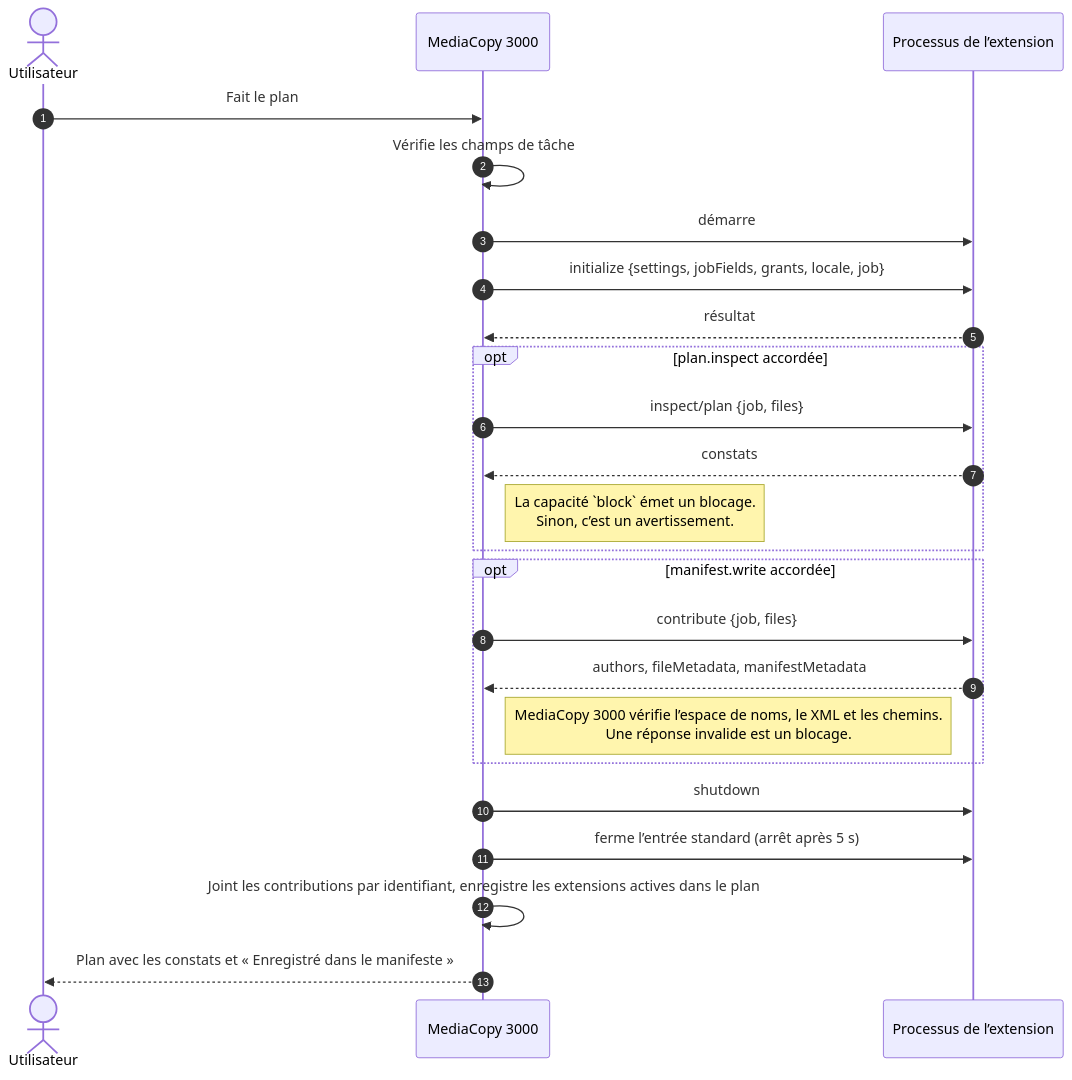
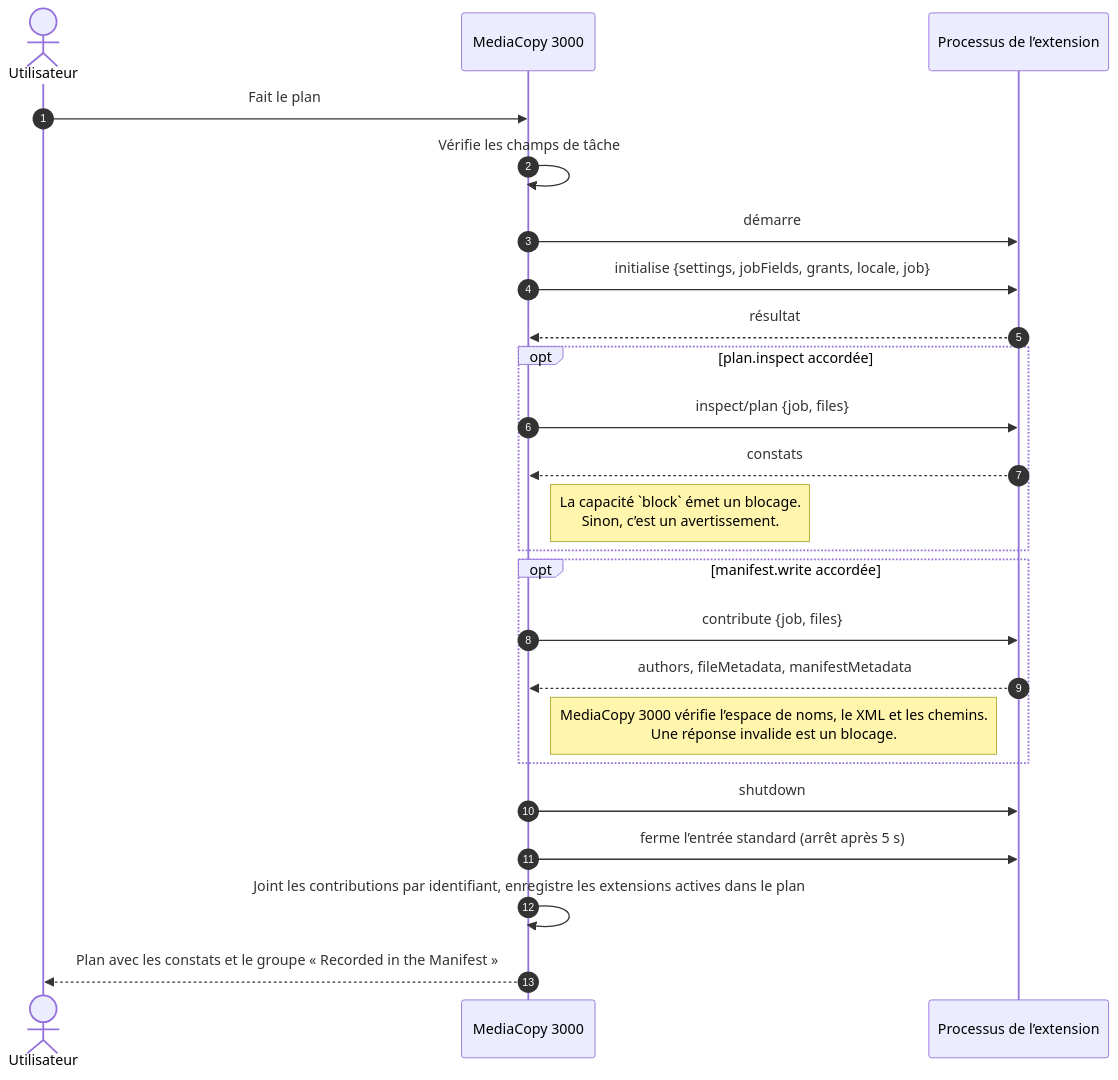
Before and after one commit to Floreal-Technologies/MediaCopy3000: the second of 4 diagrams in manual/fr/plugins.md, drawn with Mermaid. The commit also changed other lines of this file and 55 other files, not shown here.

````diff
--- a/manual/fr/plugins.md
+++ b/manual/fr/plugins.md
@@ -302,27 +302,27 @@
 ```mermaid
 sequenceDiagram
     autonumber
     actor User as Utilisateur
-    participant MC3K as MediaCopy 3000
+    participant MC3K as MediaCopy 3000
     participant Plugin as Processus de l’extension
 
     User->>MC3K: Fait le plan
     MC3K->>MC3K: Vérifie les champs de tâche
     MC3K->>Plugin: démarre
-    MC3K->>Plugin: initialize {settings, jobFields, grants, locale, job}
+    MC3K->>Plugin: initialise {settings, jobFields, grants, locale, job}
     Plugin-->>MC3K: résultat
     opt plan.inspect accordée
         MC3K->>Plugin: inspect/plan {job, files}
         Plugin-->>MC3K: constats
         note right of MC3K: La capacité `block` émet un blocage.<br/>Sinon, c’est un avertissement.
     end
     opt manifest.write accordée
         MC3K->>Plugin: contribute {job, files}
         Plugin-->>MC3K: authors, fileMetadata, manifestMetadata
-        note right of MC3K: MediaCopy 3000 vérifie l’espace de noms, le XML et les chemins.<br/>Une réponse invalide est un blocage.
+        note right of MC3K: MediaCopy 3000 vérifie l’espace de noms, le XML et les chemins.<br/>Une réponse invalide est un blocage.
     end
     MC3K->>Plugin: shutdown
-    MC3K->>Plugin: ferme l’entrée standard (arrêt après 5 s)
+    MC3K->>Plugin: ferme l’entrée standard (arrêt après 5 s)
     MC3K->>MC3K: Joint les contributions par identifiant, enregistre les extensions actives dans le plan
-    MC3K-->>User: Plan avec les constats et « Enregistré dans le manifeste »
+    MC3K-->>User: Plan avec les constats et le groupe « Recorded in the Manifest »
 ```
````
